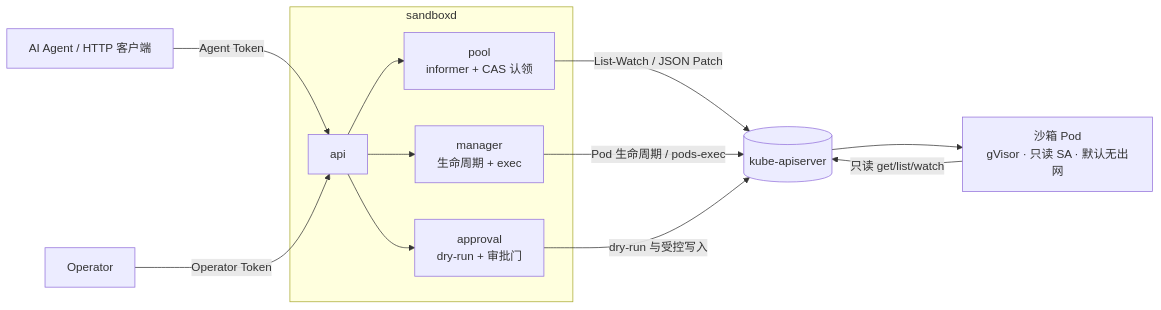
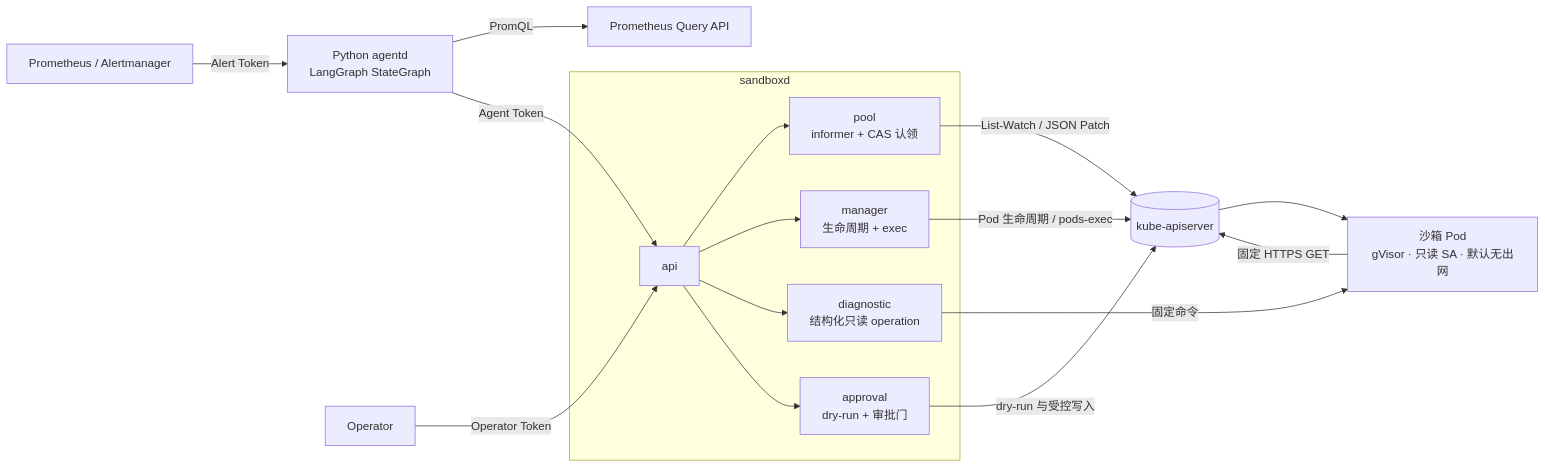
The first of 2 diagrams in README.md (chx739/sandboxd), drawn with Mermaid before and after one commit. The commit also changed other lines of this file and 7 other files, not shown here.

````diff
--- a/README.md
+++ b/README.md
@@ -7,15 +7,19 @@
 ```mermaid
 graph LR
-    Agent["AI Agent / HTTP 客户端"] -->|Agent Token| API
+    AM["Prometheus / Alertmanager"] -->|Alert Token| Agentd["Python agentd<br/>LangGraph StateGraph"]
+    Agentd -->|PromQL| Prom["Prometheus Query API"]
+    Agentd -->|Agent Token| API
     Operator["Operator"] -->|Operator Token| API
     subgraph sandboxd
         API[api] --> Pool["pool<br/>informer + CAS 认领"]
         API --> Mgr["manager<br/>生命周期 + exec"]
+        API --> Diag["diagnostic<br/>结构化只读 operation"]
         API --> Gate["approval<br/>dry-run + 审批门"]
     end
     Pool -->|List-Watch / JSON Patch| K8s[(kube-apiserver)]
     Mgr -->|Pod 生命周期 / pods-exec| K8s
     Gate -->|dry-run 与受控写入| K8s
     K8s --> SB["沙箱 Pod<br/>gVisor · 只读 SA · 默认无出网"]
-    SB -->|只读 get/list/watch| K8s
+    Diag -->|固定命令| SB
+    SB -->|固定 HTTPS GET| K8s
 ```
````
